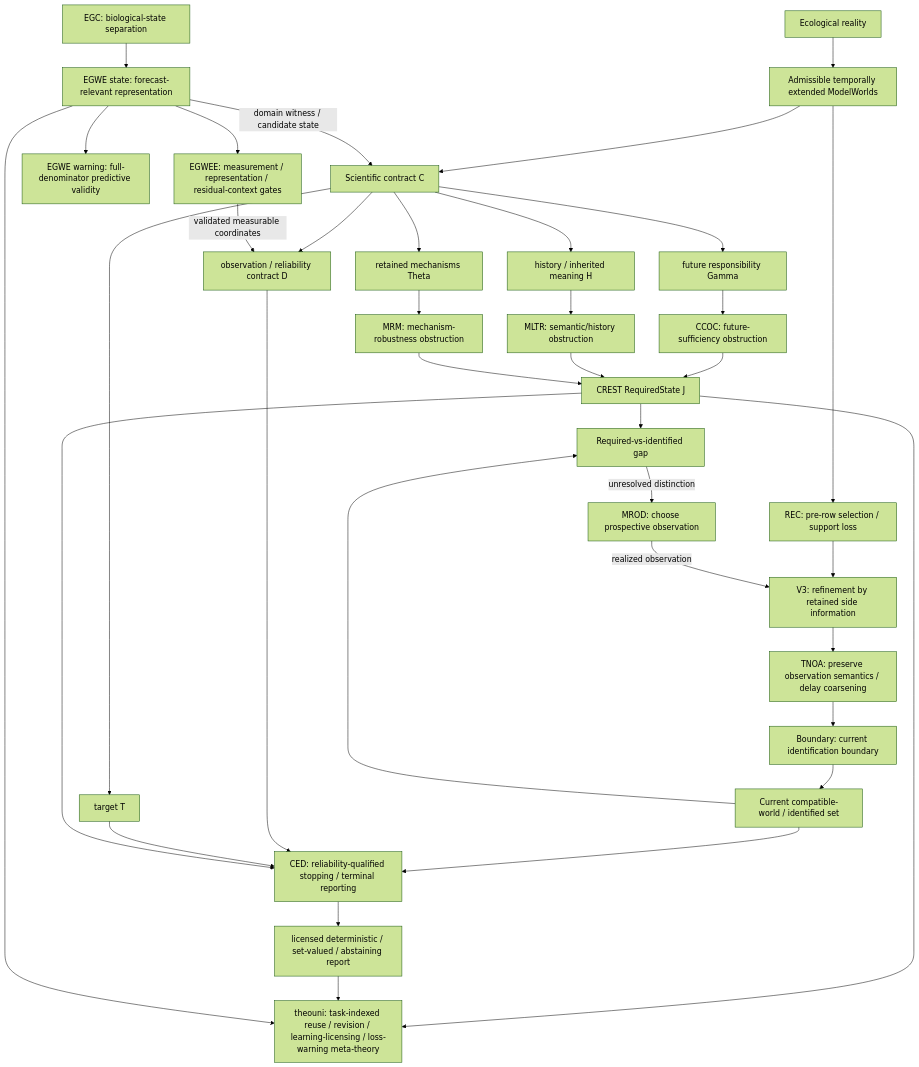
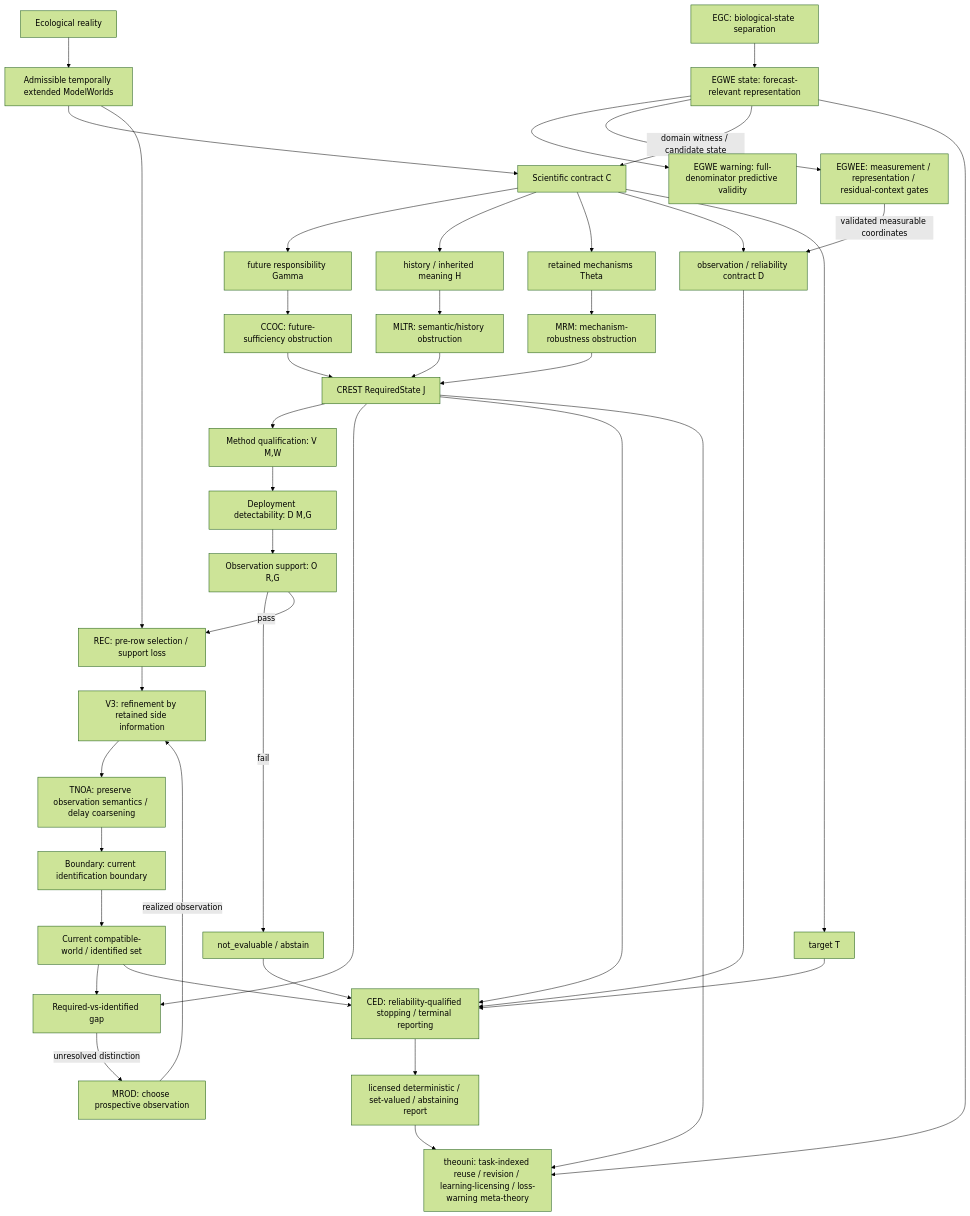
Before and after one commit to zuizui0223/theouni: the diagram in theory/WORLD_STATE_EVIDENCE_HIERARCHY_2026-09-08.md, drawn with Mermaid (forest theme). The commit also changed other lines of this file, not shown here.

Commit message:
Promote observation support into canonical world-state-evidence hierarchy

````diff
--- a/theory/WORLD_STATE_EVIDENCE_HIERARCHY_2026-09-08.md
+++ b/theory/WORLD_STATE_EVIDENCE_HIERARCHY_2026-09-08.md
@@ -49,47 +56,52 @@
 ```mermaid
 flowchart TD
     R[Ecological reality] --> MW[Admissible temporally extended ModelWorlds]
     MW --> C[Scientific contract C]
 
     C --> G[future responsibility Gamma]
     C --> H[history / inherited meaning H]
     C --> TH[retained mechanisms Theta]
     C --> D[observation / reliability contract D]
     C --> T[target T]
 
     G --> CCOC[CCOC: future-sufficiency obstruction]
     H --> MLTR[MLTR: semantic/history obstruction]
     TH --> MRM[MRM: mechanism-robustness obstruction]
-
     CCOC --> J[CREST RequiredState J]
     MLTR --> J
     MRM --> J
 
-    MW --> REC[REC: pre-row selection / support loss]
+    J --> MQ[Method qualification: V M,W]
+    MQ --> DA[Deployment detectability: D M,G]
+    DA --> OS[Observation support: O R,G]
+    OS -->|fail| NE[not_evaluable / abstain]
+    OS -->|pass| REC[REC: pre-row selection / support loss]
+
+    MW --> REC
     REC --> V3[V3: refinement by retained side information]
     V3 --> TNOA[TNOA: preserve observation semantics / delay coarsening]
     TNOA --> BND[Boundary: current identification boundary]
     BND --> E[Current compatible-world / identified set]
 
     J --> GAP[Required-vs-identified gap]
     E --> GAP
-
     GAP -->|unresolved distinction| MROD[MROD: choose prospective observation]
     MROD -->|realized observation| V3
 
     E --> CED[CED: reliability-qualified stopping / terminal reporting]
     D --> CED
     T --> CED
     J --> CED
+    NE --> CED
     CED --> REP[licensed deterministic / set-valued / abstaining report]
 
     EGC[EGC: biological-state separation] --> EGSTATE[EGWE state: forecast-relevant representation]
     EGSTATE --> EGWARN[EGWE warning: full-denominator predictive validity]
     EGSTATE --> EGWEE[EGWEE: measurement / representation / residual-context gates]
     EGWEE -->|validated measurable coordinates| D
     EGSTATE -->|domain witness / candidate state| C
 
     J --> TU[theouni: task-indexed reuse / revision / learning-licensing / loss-warning meta-theory]
     REP --> TU
     EGSTATE --> TU
 ```
````
